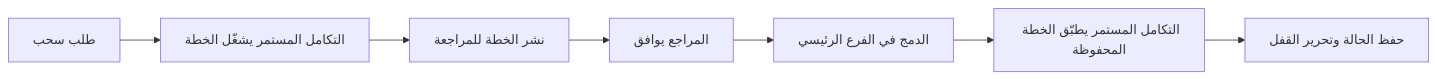
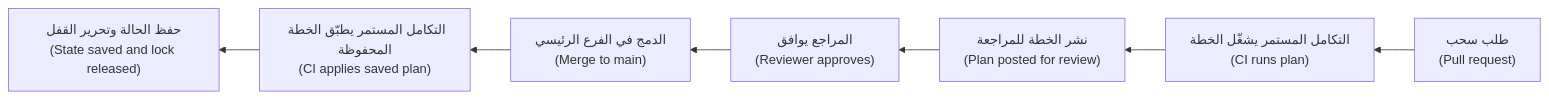
One commit to Tamoura/system-design-for-vibe-coders changed the first of 3 diagrams in cloud/modules/03-iac.ar.md. Above: the diagram before and after it, drawn with Mermaid. The commit also changed other lines of this file and 20 other files, not shown here.

First line of the commit message:
New courses: Arabic diagrams read right-to-left with English labels (modules 0–6)

````diff
--- a/cloud/modules/03-iac.ar.md
+++ b/cloud/modules/03-iac.ar.md
@@ -154,9 +154,9 @@
 ```mermaid
-flowchart LR
-    A["طلب سحب"] --> B["التكامل المستمر يشغّل الخطة"]
-    B --> C["نشر الخطة للمراجعة"]
-    C --> D["المراجع يوافق"]
-    D --> E["الدمج في الفرع الرئيسي"]
-    E --> F["التكامل المستمر يطبّق الخطة المحفوظة"]
-    F --> G["حفظ الحالة وتحرير القفل"]
+flowchart RL
+    A["طلب سحب<br/>(Pull request)"] --> B["التكامل المستمر يشغّل الخطة<br/>(CI runs plan)"]
+    B --> C["نشر الخطة للمراجعة<br/>(Plan posted for review)"]
+    C --> D["المراجع يوافق<br/>(Reviewer approves)"]
+    D --> E["الدمج في الفرع الرئيسي<br/>(Merge to main)"]
+    E --> F["التكامل المستمر يطبّق الخطة المحفوظة<br/>(CI applies saved plan)"]
+    F --> G["حفظ الحالة وتحرير القفل<br/>(State saved and lock released)"]
 ```
````
